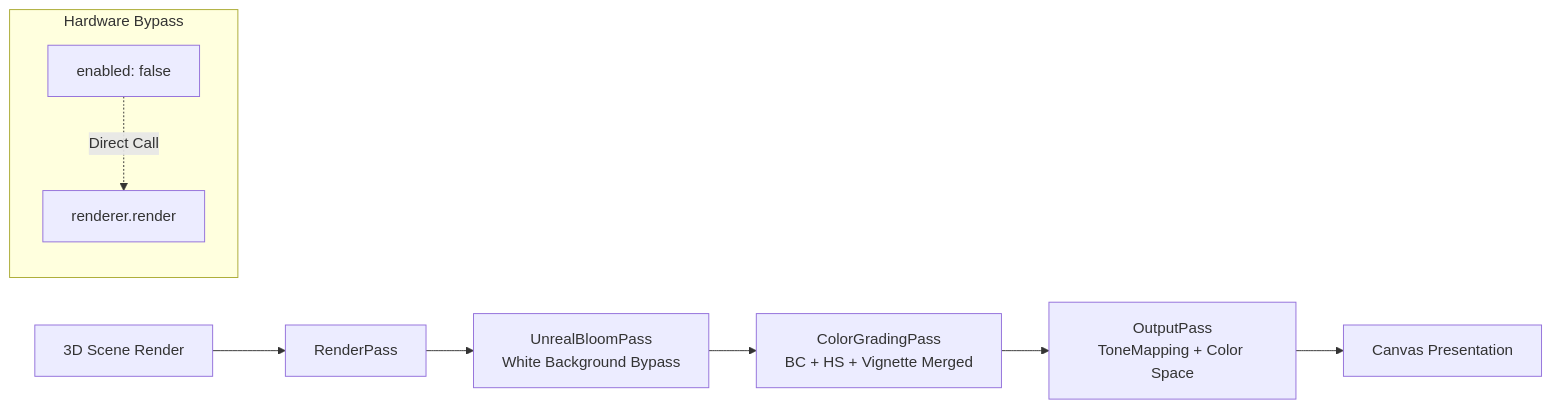
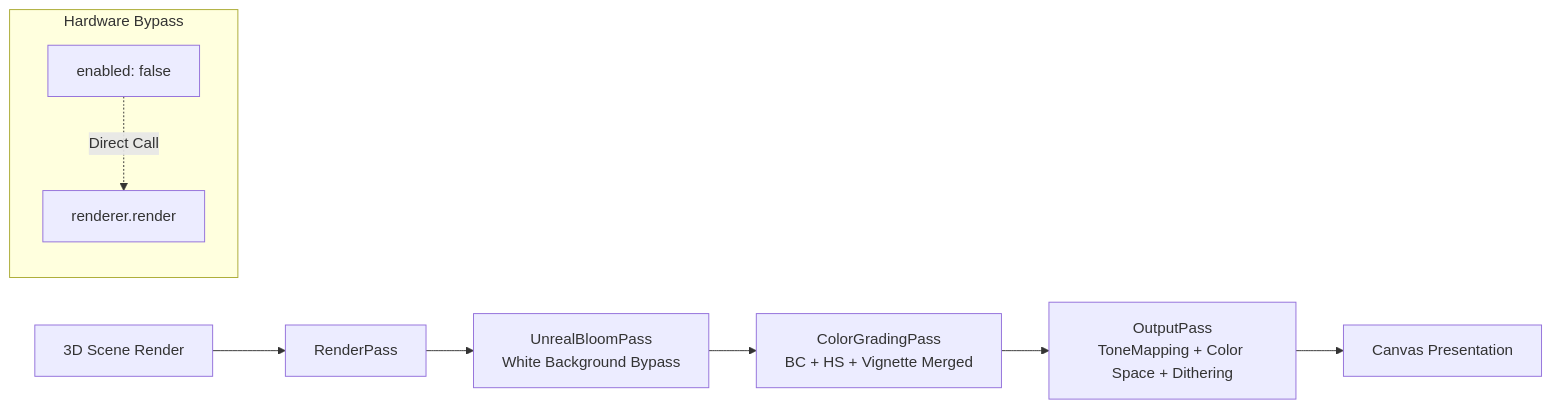
The diagram in docs/POSTFX.md (FireTable/project-xiaochun), drawn with Mermaid before and after one commit. The commit also changed other lines of this file and 9 other files, not shown here.

````diff
--- a/docs/POSTFX.md
+++ b/docs/POSTFX.md
@@ -18,12 +18,12 @@
 ```mermaid
 graph LR
     Scene[3D Scene Render] --> RenderPass
     RenderPass --> Bloom[UnrealBloomPass<br/>White Background Bypass]
     Bloom --> Grading[ColorGradingPass<br/>BC + HS + Vignette Merged]
-    Grading --> OutputPass[OutputPass<br/>ToneMapping + Color Space]
+    Grading --> OutputPass[OutputPass<br/>ToneMapping + Color Space + Dithering]
     OutputPass --> Screen[Canvas Presentation]
 
     subgraph Hardware Bypass
         Bypass[enabled: false] -. Direct Call .-> RawRender[renderer.render]
     end
 ```
````
